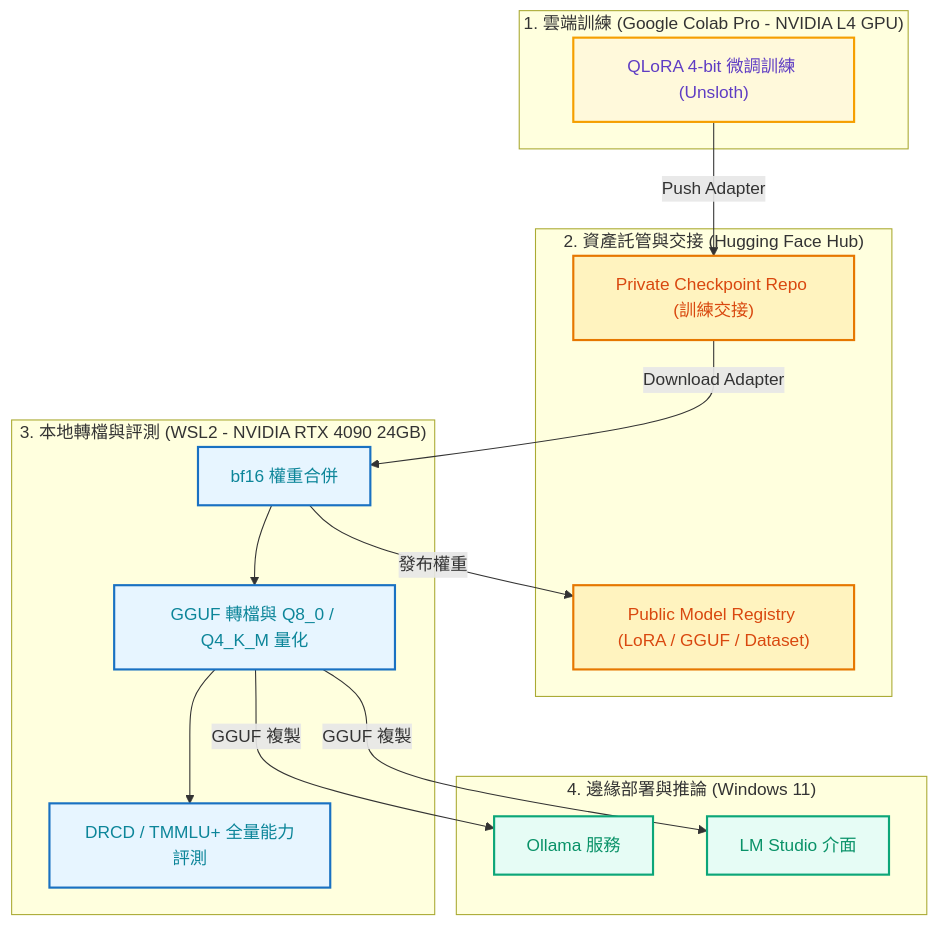
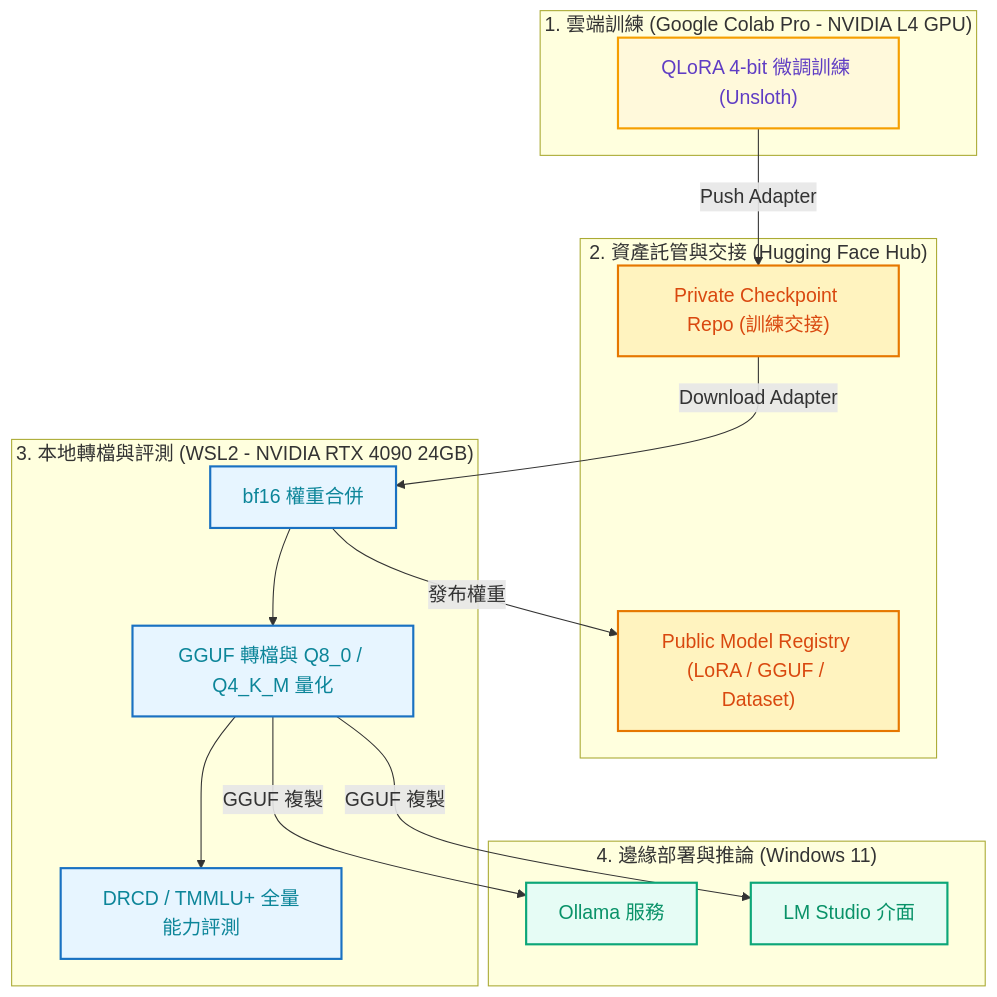
One commit to kuotunyu/local-llm-lifecycle changed the second of 2 diagrams in README.md. Above: the diagram before and after it, drawn with Mermaid. The commit also changed other lines of this file, not shown here.

Commit message:
docs: enlarge font size in Phase 0-6 pipeline diagram to 22px with vertical flow

````diff
--- a/README.md
+++ b/README.md
@@ -47,37 +55,37 @@
 ```mermaid
-%%{init: {'themeVariables': {'fontSize': '16px'}}}%%
+%%{init: {'themeVariables': {'fontSize': '18px'}}}%%
 flowchart TD
     subgraph S1 ["1. 雲端訓練 (Google Colab Pro - NVIDIA L4 GPU)"]
         T["QLoRA 4-bit 微調訓練 (Unsloth)"]
     end
 
     subgraph S2 ["2. 資產託管與交接 (Hugging Face Hub)"]
         CKPT["Private Checkpoint Repo (訓練交接)"]
         PUB["Public Model Registry (LoRA / GGUF / Dataset)"]
     end
 
     subgraph S3 ["3. 本地轉檔與評測 (WSL2 - NVIDIA RTX 4090 24GB)"]
         M["bf16 權重合併"] --> Q["GGUF 轉檔與 Q8_0 / Q4_K_M 量化"] --> E["DRCD / TMMLU+ 全量能力評測"]
     end
 
     subgraph S4 ["4. 邊緣部署與推論 (Windows 11)"]
         O["Ollama 服務"]
         L["LM Studio 介面"]
     end
 
     T -->|"Push Adapter"| CKPT
     CKPT -->|"Download Adapter"| M
     Q -->|"GGUF 複製"| O
     Q -->|"GGUF 複製"| L
     M -->|"發布權重"| PUB
 
     classDef s1Style fill:#fff9db,stroke:#f59f00,stroke-width:2px,color:#5f3dc4
     classDef s2Style fill:#fff3bf,stroke:#e67700,stroke-width:2px,color:#d9480f
     classDef s3Style fill:#e7f5ff,stroke:#1971c2,stroke-width:2px,color:#0c8599
     classDef s4Style fill:#e6fcf5,stroke:#0ca678,stroke-width:2px,color:#099268
 
     class T s1Style
     class CKPT,PUB s2Style
     class M,Q,E s3Style
     class O,L s4Style
 ```
````
